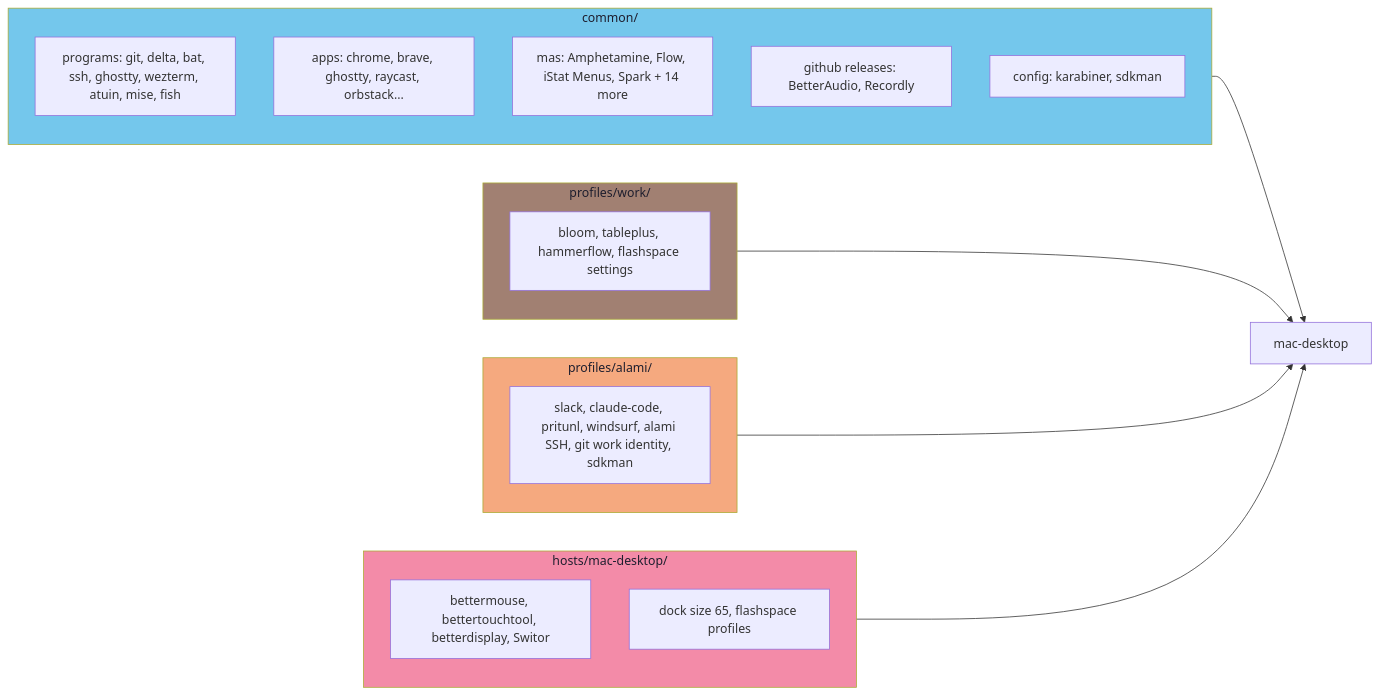
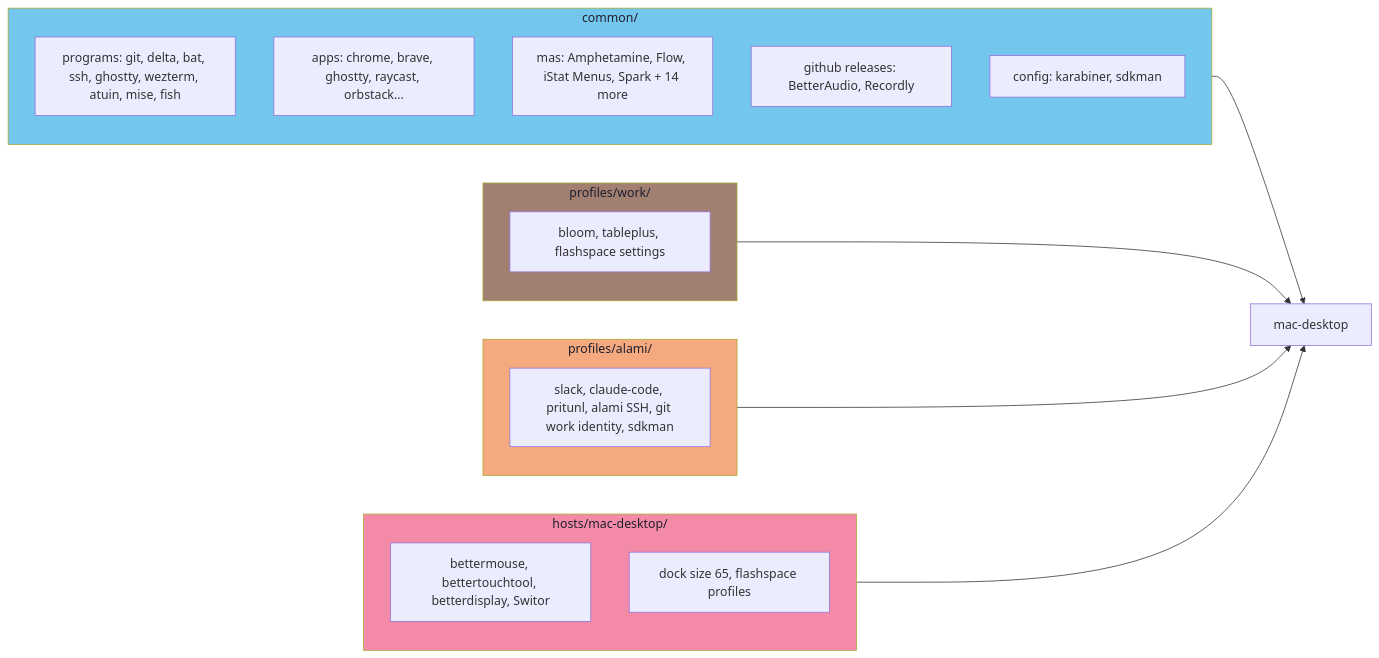
The second of 5 diagrams in docs/architecture.md (milhamh95/nix-config), drawn with Mermaid before and after one commit. The commit also changed other lines of this file and 13 other files, not shown here.

````diff
--- a/docs/architecture.md
+++ b/docs/architecture.md
@@ -360,35 +360,35 @@
 ```mermaid
 flowchart LR
     subgraph common["common/"]
         c_pkg["programs: git, delta, bat, ssh, ghostty, wezterm, atuin, mise, fish"]
         c_app["apps: chrome, brave, ghostty, raycast, orbstack..."]
         c_mas["mas: Amphetamine, Flow, iStat Menus, Spark + 14 more"]
         c_gh["github releases: BetterAudio, Recordly"]
         c_cfg["config: karabiner, sdkman"]
     end
 
     subgraph work["profiles/work/"]
-        w["bloom, tableplus, hammerflow, flashspace settings"]
+        w["bloom, tableplus, flashspace settings"]
     end
 
     subgraph alami["profiles/alami/"]
-        a["slack, claude-code, pritunl, windsurf, alami SSH, git work identity, sdkman"]
+        a["slack, claude-code, pritunl, alami SSH, git work identity, sdkman"]
     end
 
     subgraph host["hosts/mac-desktop/"]
         h["bettermouse, bettertouchtool, betterdisplay, Switor"]
         h_sys["dock size 65, flashspace profiles"]
     end
 
     result["mac-desktop"]
 
     common --> result
     work --> result
     alami --> result
     host --> result
 
     style common fill:#74c7ec,color:#1e1e2e
     style work fill:#a18072,color:#1e1e2e
     style alami fill:#f5a97f,color:#1e1e2e
     style host fill:#f38ba8,color:#1e1e2e
 ```
````
